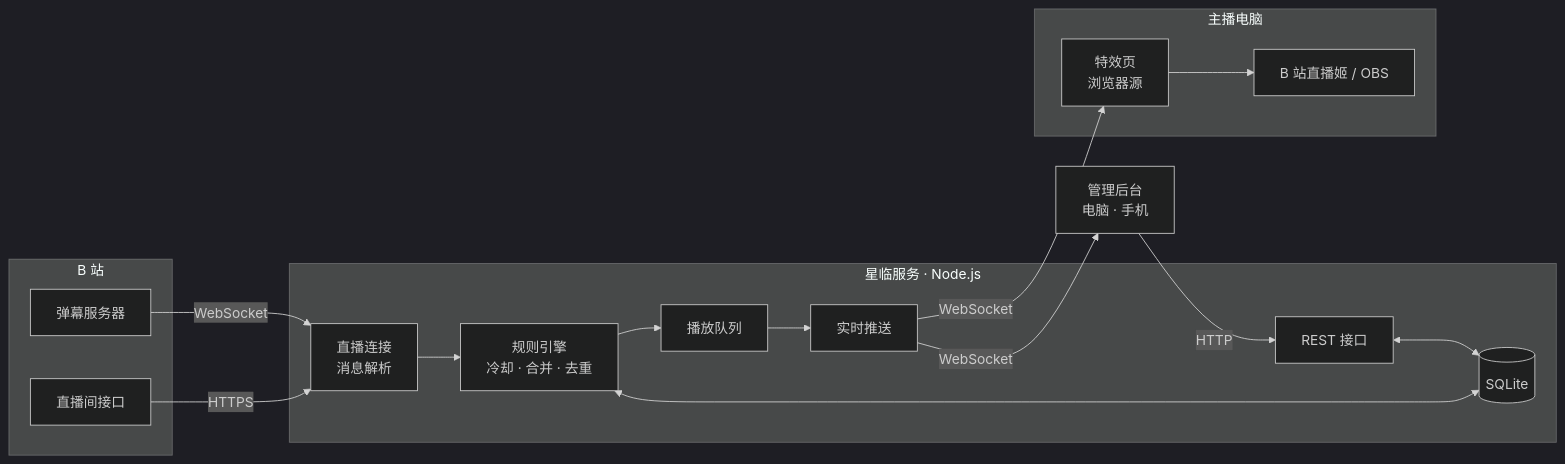
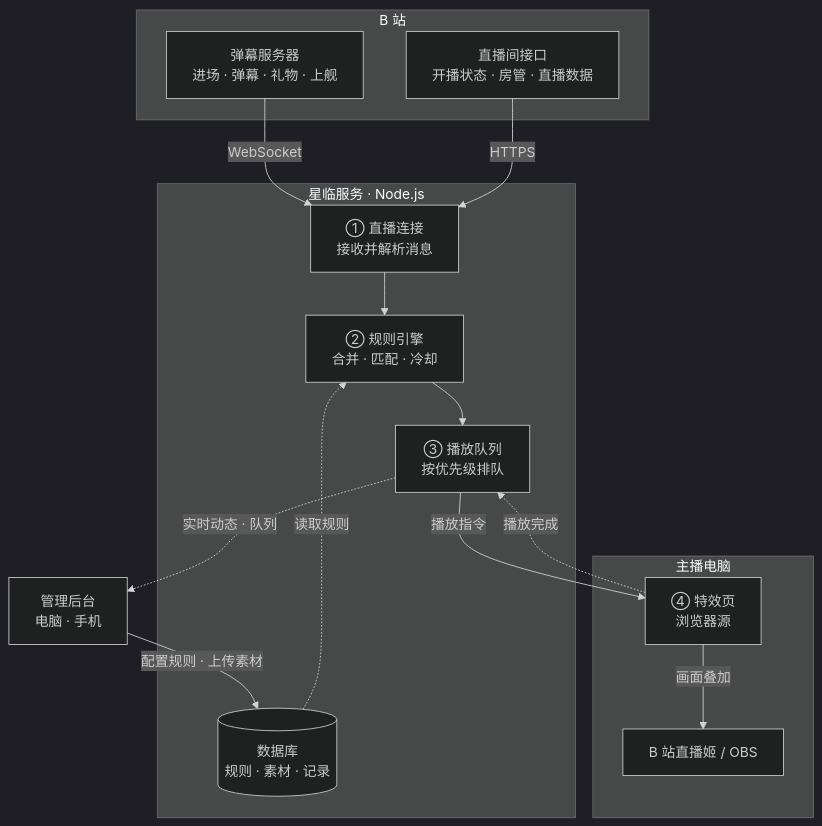
The first of 3 diagrams in README.md (chrismaxluo/starfall), drawn with Mermaid (dark theme) before and after one commit. The commit also changed other lines of this file, not shown here.

Commit message:
README：架构图改为上下布局并补全播放回报；事件流程画出两条进场消息，内部步骤改为说明框

````diff
--- a/README.md
+++ b/README.md
@@ -55,30 +55,28 @@
 ```mermaid
-flowchart LR
+flowchart TB
     subgraph BILI["B 站"]
-        DM["弹幕服务器"]
-        API["直播间接口"]
+        DM["弹幕服务器<br/>进场 · 弹幕 · 礼物 · 上舰"]
+        API["直播间接口<br/>开播状态 · 房管 · 直播数据"]
     end
     subgraph SERVER["星临服务 · Node.js"]
-        LIVE["直播连接<br/>消息解析"]
-        RULE["规则引擎<br/>冷却 · 合并 · 去重"]
-        QUEUE["播放队列"]
-        HUB["实时推送"]
-        REST["REST 接口"]
-        DB[("SQLite")]
+        LIVE["① 直播连接<br/>接收并解析消息"]
+        RULE["② 规则引擎<br/>合并 · 匹配 · 冷却"]
+        QUEUE["③ 播放队列<br/>按优先级排队"]
+        DB[("数据库<br/>规则 · 素材 · 记录")]
     end
     subgraph PC["主播电脑"]
-        OV["特效页<br/>浏览器源"]
+        OV["④ 特效页<br/>浏览器源"]
         APP["B 站直播姬 / OBS"]
     end
     ADMIN["管理后台<br/>电脑 · 手机"]
 
     DM -- WebSocket --> LIVE
     API -- HTTPS --> LIVE
-    LIVE --> RULE --> QUEUE --> HUB
-    RULE <--> DB
-    REST <--> DB
-    HUB -- WebSocket --> OV
-    OV --> APP
-    ADMIN -- HTTP --> REST
-    HUB -- WebSocket --> ADMIN
+    LIVE --> RULE --> QUEUE
+    DB -. 读取规则 .-> RULE
+    QUEUE -- 播放指令 --> OV
+    OV -. 播放完成 .-> QUEUE
+    OV -- 画面叠加 --> APP
+    ADMIN -- 配置规则 · 上传素材 --> DB
+    QUEUE -. 实时动态 · 队列 .-> ADMIN
 ```
````
